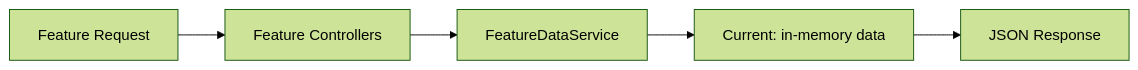
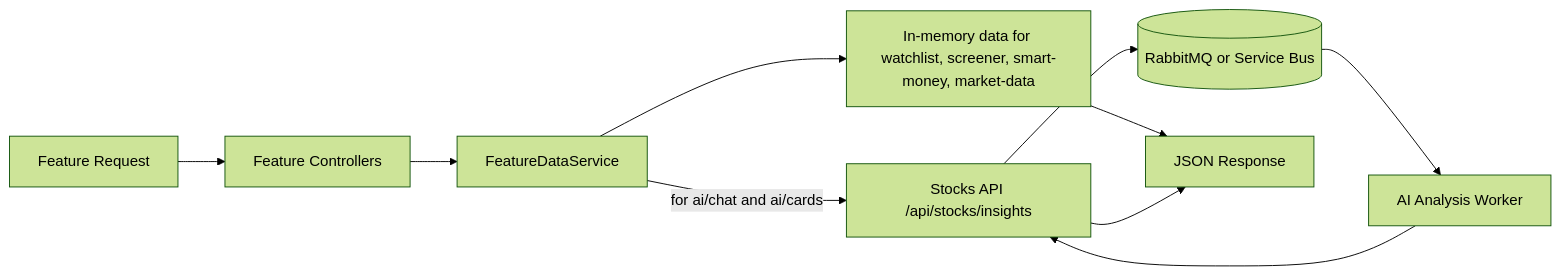
One commit to sushanth262/scoutify-apps changed the fifth of 8 diagrams in README.md. Above: the diagram before and after it, drawn with Mermaid (forest theme). The commit also changed other lines of this file, not shown here.

First line of the commit message:
Document features-to-stocks AI relationship in architecture.

````diff
--- a/README.md
+++ b/README.md
@@ -83,7 +84,12 @@
 ```mermaid
 flowchart LR
     Req["Feature Request"] --> Ctrls["Feature Controllers"]
     Ctrls --> Service["FeatureDataService"]
-    Service --> Data["Current: in-memory data"]
+    Service --> Data["In-memory data for watchlist, screener, smart-money, market-data"]
+    Service -->|"for ai/chat and ai/cards"| StocksApi["Stocks API /api/stocks/insights"]
+    StocksApi --> Queue[("RabbitMQ or Service Bus")]
+    Queue --> Worker["AI Analysis Worker"]
+    Worker --> StocksApi
     Data --> Resp["JSON Response"]
+    StocksApi --> Resp
 ```
````
